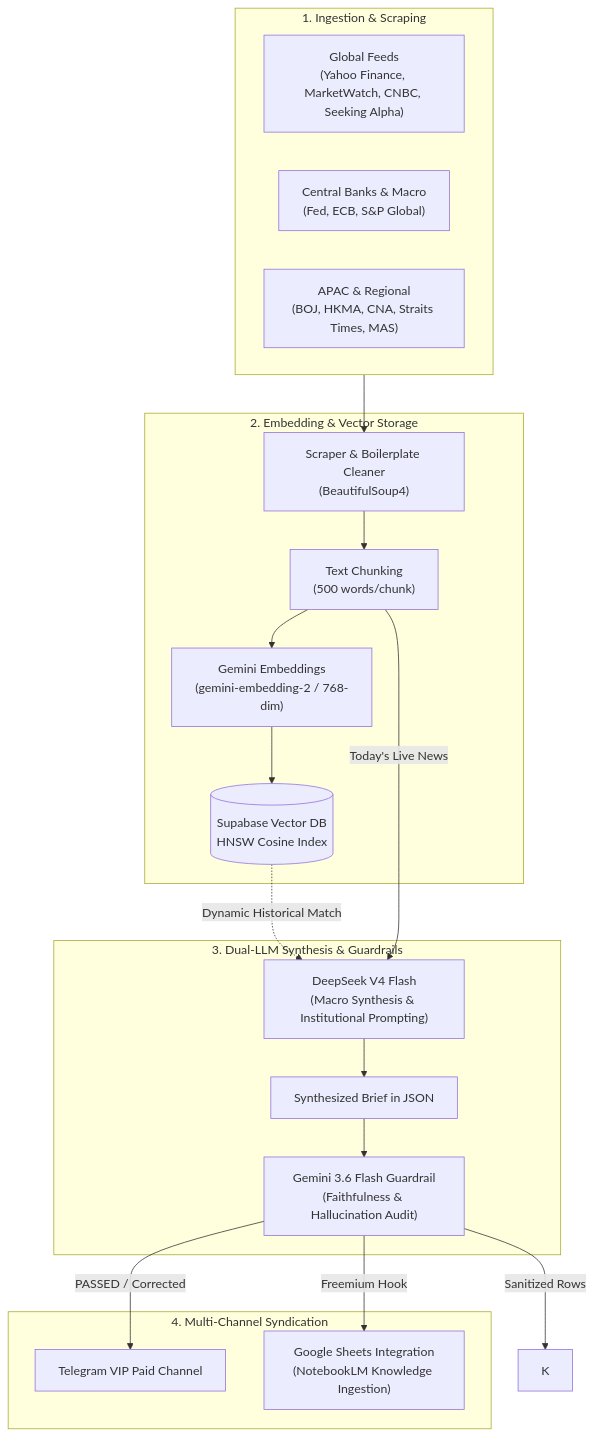
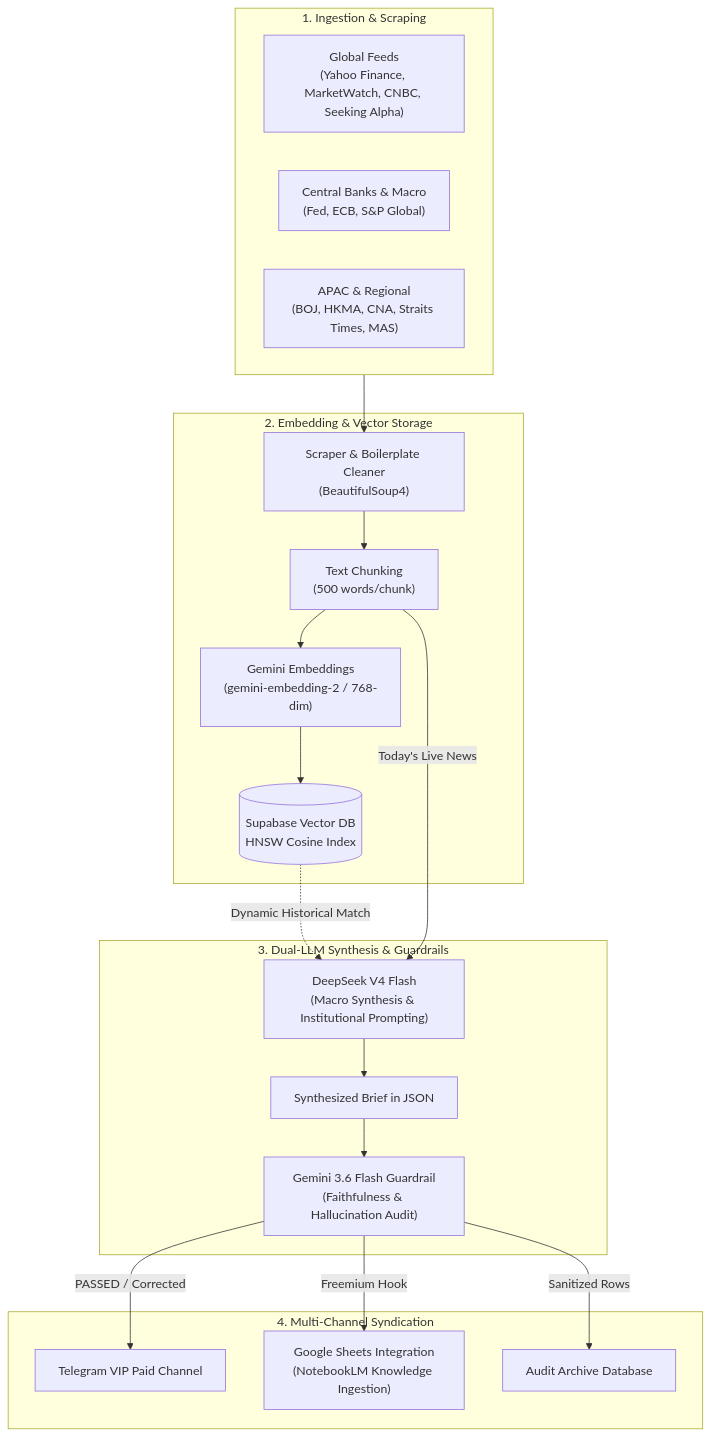
Before and after one commit to aientre86/AIxSEC: the diagram in src/content/docs/ai-real-world/industry/finance/global-macro-synthesis.md, drawn with Mermaid. The commit also changed 2 other files, not shown here.

Commit message:
fix(mermaid): deploy client script to public/ and fix node K in macro flowchart

````diff
--- a/src/content/docs/ai-real-world/industry/finance/global-macro-synthesis.md
+++ b/src/content/docs/ai-real-world/industry/finance/global-macro-synthesis.md
@@ -57,38 +57,39 @@
 ```mermaid
 flowchart TD
     subgraph INGESTION["1. Ingestion & Scraping"]
         A1["Global Feeds<br/>(Yahoo Finance, MarketWatch, CNBC, Seeking Alpha)"]
         A2["Central Banks & Macro<br/>(Fed, ECB, S&P Global)"]
         A3["APAC & Regional<br/>(BOJ, HKMA, CNA, Straits Times, MAS)"]
     end
 
     subgraph RAG_PIPELINE["2. Embedding & Vector Storage"]
         B["Scraper & Boilerplate Cleaner<br/>(BeautifulSoup4)"]
         C["Text Chunking<br/>(500 words/chunk)"]
         D["Gemini Embeddings<br/>(gemini-embedding-2 / 768-dim)"]
         E[("Supabase Vector DB<br/>HNSW Cosine Index")]
     end
 
     subgraph INTELLIGENCE["3. Dual-LLM Synthesis & Guardrails"]
         F["DeepSeek V4 Flash<br/>(Macro Synthesis & Institutional Prompting)"]
         G["Synthesized Brief in JSON"]
         H["Gemini 3.6 Flash Guardrail<br/>(Faithfulness & Hallucination Audit)"]
     end
 
     subgraph DISTRIBUTION["4. Multi-Channel Syndication"]
-        I["Telegram VIP Paid Channel<br/>"]
+        I["Telegram VIP Paid Channel"]
         J["Google Sheets Integration<br/>(NotebookLM Knowledge Ingestion)"]
+        K["Audit Archive Database"]
     end
 
     INGESTION --> B
     B --> C
     C --> D
     D --> E
     E -.->|Dynamic Historical Match| F
     C -->|Today's Live News| F
     F --> G
     G --> H
     H -->|PASSED / Corrected| I
     H -->|Freemium Hook| J
     H -->|Sanitized Rows| K
 ```
````
